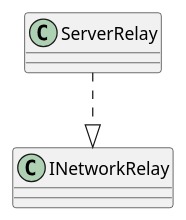
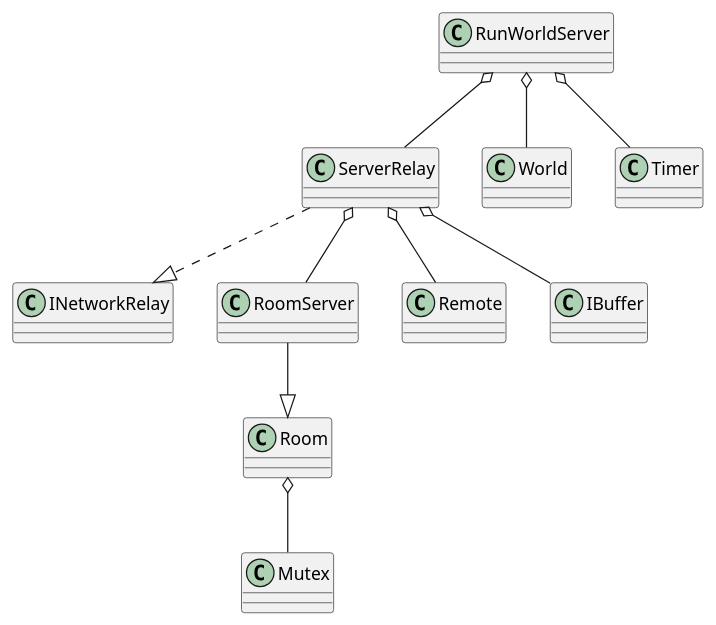
Before and after one commit to deb0ch/R-Type: the diagram in doc/UML/NetworkRelay-Links.iuml, drawn with PlantUML. The commit also changed 10 other files, not shown here.

```diff
--- a/doc/UML/NetworkRelay-Links.iuml
+++ b/doc/UML/NetworkRelay-Links.iuml
@@ -1,5 +1,15 @@
 @startuml
 
 ServerRelay ..|> INetworkRelay
+RoomServer --|> Room
+
+ServerRelay o-- Remote
+ServerRelay o-- IBuffer
+ServerRelay o-- RoomServer
+RunWorldServer o-- World
+RunWorldServer o-- ServerRelay
+RunWorldServer o-- Timer
+
+Room o-- Mutex
 
 @enduml
```
